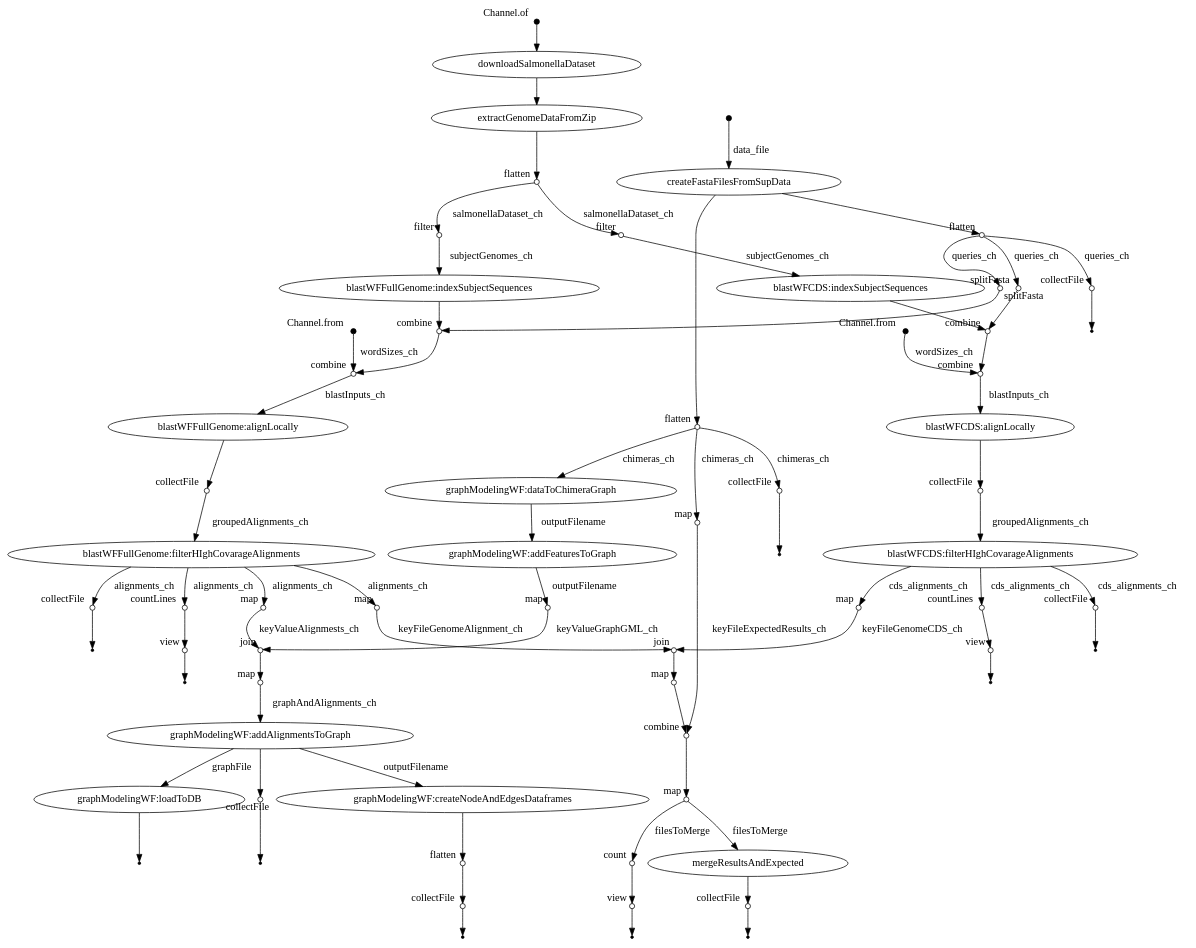
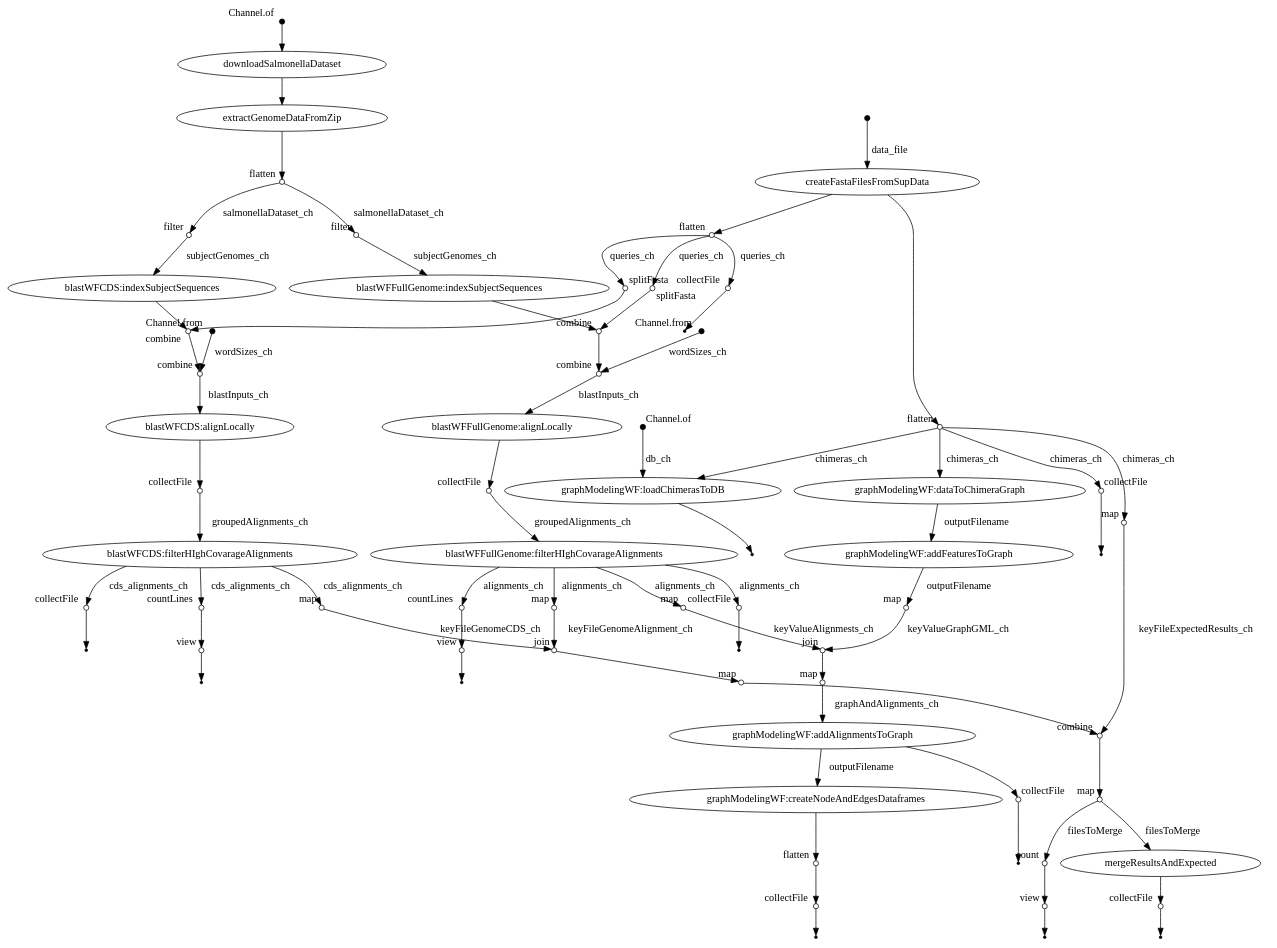
One commit to mtsz-thiago/sRNAs_Interactomes changed the diagram in docs/dag.dot. Above: the diagram before and after it, drawn with Graphviz. The commit also changed 2 other files, not shown here.

Commit message:
graphdatascience plugin cannot load string data

```diff
--- a/docs/dag.dot
+++ b/docs/dag.dot
@@ -159,128 +159,132 @@
 v39 [shape=point];
 v38 -> v39;
 
+v40 [shape=point,label="",fixedsize=true,width=0.1,xlabel="Channel.of"];
+v41 [label="graphModelingWF:loadChimerasToDB"];
+v40 -> v41 [label="db_ch"];
+
 v9 [shape=circle,label="",fixedsize=true,width=0.1,xlabel="flatten"];
-v40 [label="graphModelingWF:dataToChimeraGraph"];
-v9 -> v40 [label="chimeras_ch"];
+v41 [label="graphModelingWF:loadChimerasToDB"];
+v9 -> v41 [label="chimeras_ch"];
 
-v40 [label="graphModelingWF:dataToChimeraGraph"];
-v41 [label="graphModelingWF:addFeaturesToGraph"];
-v40 -> v41 [label="outputFilename"];
+v41 [label="graphModelingWF:loadChimerasToDB"];
+v42 [shape=point];
+v41 -> v42;
 
-v41 [label="graphModelingWF:addFeaturesToGraph"];
-v42 [shape=circle,label="",fixedsize=true,width=0.1,xlabel="map"];
-v41 -> v42 [label="outputFilename"];
+v9 [shape=circle,label="",fixedsize=true,width=0.1,xlabel="flatten"];
+v43 [label="graphModelingWF:dataToChimeraGraph"];
+v9 -> v43 [label="chimeras_ch"];
 
-v42 [shape=circle,label="",fixedsize=true,width=0.1,xlabel="map"];
-v44 [shape=circle,label="",fixedsize=true,width=0.1,xlabel="join"];
-v42 -> v44 [label="keyValueGraphGML_ch"];
+v43 [label="graphModelingWF:dataToChimeraGraph"];
+v44 [label="graphModelingWF:addFeaturesToGraph"];
+v43 -> v44 [label="outputFilename"];
+
+v44 [label="graphModelingWF:addFeaturesToGraph"];
+v45 [shape=circle,label="",fixedsize=true,width=0.1,xlabel="map"];
+v44 -> v45 [label="outputFilename"];
+
+v45 [shape=circle,label="",fixedsize=true,width=0.1,xlabel="map"];
+v47 [shape=circle,label="",fixedsize=true,width=0.1,xlabel="join"];
+v45 -> v47 [label="keyValueGraphGML_ch"];
 
 v21 [label="blastWFFullGenome:filterHIghCovarageAlignments"];
-v43 [shape=circle,label="",fixedsize=true,width=0.1,xlabel="map"];
-v21 -> v43 [label="alignments_ch"];
+v46 [shape=circle,label="",fixedsize=true,width=0.1,xlabel="map"];
+v21 -> v46 [label="alignments_ch"];
 
-v43 [shape=circle,label="",fixedsize=true,width=0.1,xlabel="map"];
-v44 [shape=circle,label="",fixedsize=true,width=0.1,xlabel="join"];
-v43 -> v44 [label="keyValueAlignmests_ch"];
+v46 [shape=circle,label="",fixedsize=true,width=0.1,xlabel="map"];
+v47 [shape=circle,label="",fixedsize=true,width=0.1,xlabel="join"];
+v46 -> v47 [label="keyValueAlignmests_ch"];
 
-v44 [shape=circle,label="",fixedsize=true,width=0.1,xlabel="join"];
-v45 [shape=circle,label="",fixedsize=true,width=0.1,xlabel="map"];
-v44 -> v45;
+v47 [shape=circle,label="",fixedsize=true,width=0.1,xlabel="join"];
+v48 [shape=circle,label="",fixedsize=true,width=0.1,xlabel="map"];
+v47 -> v48;
 
-v45 [shape=circle,label="",fixedsize=true,width=0.1,xlabel="map"];
-v46 [label="graphModelingWF:addAlignmentsToGraph"];
-v45 -> v46 [label="graphAndAlignments_ch"];
+v48 [shape=circle,label="",fixedsize=true,width=0.1,xlabel="map"];
+v49 [label="graphModelingWF:addAlignmentsToGraph"];
+v48 -> v49 [label="graphAndAlignments_ch"];
 
-v46 [label="graphModelingWF:addAlignmentsToGraph"];
-v47 [label="graphModelingWF:createNodeAndEdgesDataframes"];
-v46 -> v47 [label="outputFilename"];
+v49 [label="graphModelingWF:addAlignmentsToGraph"];
+v50 [label="graphModelingWF:createNodeAndEdgesDataframes"];
+v49 -> v50 [label="outputFilename"];
 
-v47 [label="graphModelingWF:createNodeAndEdgesDataframes"];
-v52 [shape=circle,label="",fixedsize=true,width=0.1,xlabel="flatten"];
-v47 -> v52;
+v50 [label="graphModelingWF:createNodeAndEdgesDataframes"];
+v53 [shape=circle,label="",fixedsize=true,width=0.1,xlabel="flatten"];
+v50 -> v53;
 
-v46 [label="graphModelingWF:addAlignmentsToGraph"];
-v48 [label="graphModelingWF:loadToDB"];
-v46 -> v48 [label="graphFile"];
+v49 [label="graphModelingWF:addAlignmentsToGraph"];
+v51 [shape=circle,label="",fixedsize=true,width=0.1,xlabel="collectFile"];
+v49 -> v51;
 
-v48 [label="graphModelingWF:loadToDB"];
-v49 [shape=point];
-v48 -> v49;
+v51 [shape=circle,label="",fixedsize=true,width=0.1,xlabel="collectFile"];
+v52 [shape=point];
+v51 -> v52;
 
-v46 [label="graphModelingWF:addAlignmentsToGraph"];
-v50 [shape=circle,label="",fixedsize=true,width=0.1,xlabel="collectFile"];
-v46 -> v50;
-
-v50 [shape=circle,label="",fixedsize=true,width=0.1,xlabel="collectFile"];
-v51 [shape=point];
-v50 -> v51;
-
-v52 [shape=circle,label="",fixedsize=true,width=0.1,xlabel="flatten"];
-v53 [shape=circle,label="",fixedsize=true,width=0.1,xlabel="collectFile"];
-v52 -> v53;
-
-v53 [shape=circle,label="",fixedsize=true,width=0.1,xlabel="collectFile"];
-v54 [shape=point];
+v53 [shape=circle,label="",fixedsize=true,width=0.1,xlabel="flatten"];
+v54 [shape=circle,label="",fixedsize=true,width=0.1,xlabel="collectFile"];
 v53 -> v54;
 
+v54 [shape=circle,label="",fixedsize=true,width=0.1,xlabel="collectFile"];
+v55 [shape=point];
+v54 -> v55;
+
 v21 [label="blastWFFullGenome:filterHIghCovarageAlignments"];
-v55 [shape=circle,label="",fixedsize=true,width=0.1,xlabel="map"];
-v21 -> v55 [label="alignments_ch"];
+v56 [shape=circle,label="",fixedsize=true,width=0.1,xlabel="map"];
+v21 -> v56 [label="alignments_ch"];
 
-v55 [shape=circle,label="",fixedsize=true,width=0.1,xlabel="map"];
-v58 [shape=circle,label="",fixedsize=true,width=0.1,xlabel="join"];
-v55 -> v58 [label="keyFileGenomeAlignment_ch"];
+v56 [shape=circle,label="",fixedsize=true,width=0.1,xlabel="map"];
+v59 [shape=circle,label="",fixedsize=true,width=0.1,xlabel="join"];
+v56 -> v59 [label="keyFileGenomeAlignment_ch"];
 
 v34 [label="blastWFCDS:filterHIghCovarageAlignments"];
-v56 [shape=circle,label="",fixedsize=true,width=0.1,xlabel="map"];
-v34 -> v56 [label="cds_alignments_ch"];
+v57 [shape=circle,label="",fixedsize=true,width=0.1,xlabel="map"];
+v34 -> v57 [label="cds_alignments_ch"];
 
-v56 [shape=circle,label="",fixedsize=true,width=0.1,xlabel="map"];
-v58 [shape=circle,label="",fixedsize=true,width=0.1,xlabel="join"];
-v56 -> v58 [label="keyFileGenomeCDS_ch"];
+v57 [shape=circle,label="",fixedsize=true,width=0.1,xlabel="map"];
+v59 [shape=circle,label="",fixedsize=true,width=0.1,xlabel="join"];
+v57 -> v59 [label="keyFileGenomeCDS_ch"];
 
 v9 [shape=circle,label="",fixedsize=true,width=0.1,xlabel="flatten"];
-v57 [shape=circle,label="",fixedsize=true,width=0.1,xlabel="map"];
-v9 -> v57 [label="chimeras_ch"];
+v58 [shape=circle,label="",fixedsize=true,width=0.1,xlabel="map"];
+v9 -> v58 [label="chimeras_ch"];
 
-v57 [shape=circle,label="",fixedsize=true,width=0.1,xlabel="map"];
-v60 [shape=circle,label="",fixedsize=true,width=0.1,xlabel="combine"];
-v57 -> v60 [label="keyFileExpectedResults_ch"];
+v58 [shape=circle,label="",fixedsize=true,width=0.1,xlabel="map"];
+v61 [shape=circle,label="",fixedsize=true,width=0.1,xlabel="combine"];
+v58 -> v61 [label="keyFileExpectedResults_ch"];
 
-v58 [shape=circle,label="",fixedsize=true,width=0.1,xlabel="join"];
-v59 [shape=circle,label="",fixedsize=true,width=0.1,xlabel="map"];
-v58 -> v59;
-
-v59 [shape=circle,label="",fixedsize=true,width=0.1,xlabel="map"];
-v60 [shape=circle,label="",fixedsize=true,width=0.1,xlabel="combine"];
+v59 [shape=circle,label="",fixedsize=true,width=0.1,xlabel="join"];
+v60 [shape=circle,label="",fixedsize=true,width=0.1,xlabel="map"];
 v59 -> v60;
 
-v60 [shape=circle,label="",fixedsize=true,width=0.1,xlabel="combine"];
-v61 [shape=circle,label="",fixedsize=true,width=0.1,xlabel="map"];
+v60 [shape=circle,label="",fixedsize=true,width=0.1,xlabel="map"];
+v61 [shape=circle,label="",fixedsize=true,width=0.1,xlabel="combine"];
 v60 -> v61;
 
-v61 [shape=circle,label="",fixedsize=true,width=0.1,xlabel="map"];
-v62 [shape=circle,label="",fixedsize=true,width=0.1,xlabel="count"];
-v61 -> v62 [label="filesToMerge"];
+v61 [shape=circle,label="",fixedsize=true,width=0.1,xlabel="combine"];
+v62 [shape=circle,label="",fixedsize=true,width=0.1,xlabel="map"];
+v61 -> v62;
 
-v62 [shape=circle,label="",fixedsize=true,width=0.1,xlabel="count"];
-v63 [shape=circle,label="",fixedsize=true,width=0.1,xlabel="view"];
-v62 -> v63;
+v62 [shape=circle,label="",fixedsize=true,width=0.1,xlabel="map"];
+v63 [shape=circle,label="",fixedsize=true,width=0.1,xlabel="count"];
+v62 -> v63 [label="filesToMerge"];
 
-v63 [shape=circle,label="",fixedsize=true,width=0.1,xlabel="view"];
-v64 [shape=point];
+v63 [shape=circle,label="",fixedsize=true,width=0.1,xlabel="count"];
+v64 [shape=circle,label="",fixedsize=true,width=0.1,xlabel="view"];
 v63 -> v64;
 
-v61 [shape=circle,label="",fixedsize=true,width=0.1,xlabel="map"];
-v65 [label="mergeResultsAndExpected"];
-v61 -> v65 [label="filesToMerge"];
+v64 [shape=circle,label="",fixedsize=true,width=0.1,xlabel="view"];
+v65 [shape=point];
+v64 -> v65;
 
-v65 [label="mergeResultsAndExpected"];
-v66 [shape=circle,label="",fixedsize=true,width=0.1,xlabel="collectFile"];
-v65 -> v66;
+v62 [shape=circle,label="",fixedsize=true,width=0.1,xlabel="map"];
+v66 [label="mergeResultsAndExpected"];
+v62 -> v66 [label="filesToMerge"];
 
-v66 [shape=circle,label="",fixedsize=true,width=0.1,xlabel="collectFile"];
-v67 [shape=point];
+v66 [label="mergeResultsAndExpected"];
+v67 [shape=circle,label="",fixedsize=true,width=0.1,xlabel="collectFile"];
 v66 -> v67;
 
+v67 [shape=circle,label="",fixedsize=true,width=0.1,xlabel="collectFile"];
+v68 [shape=point];
+v67 -> v68;
+
 }
```
